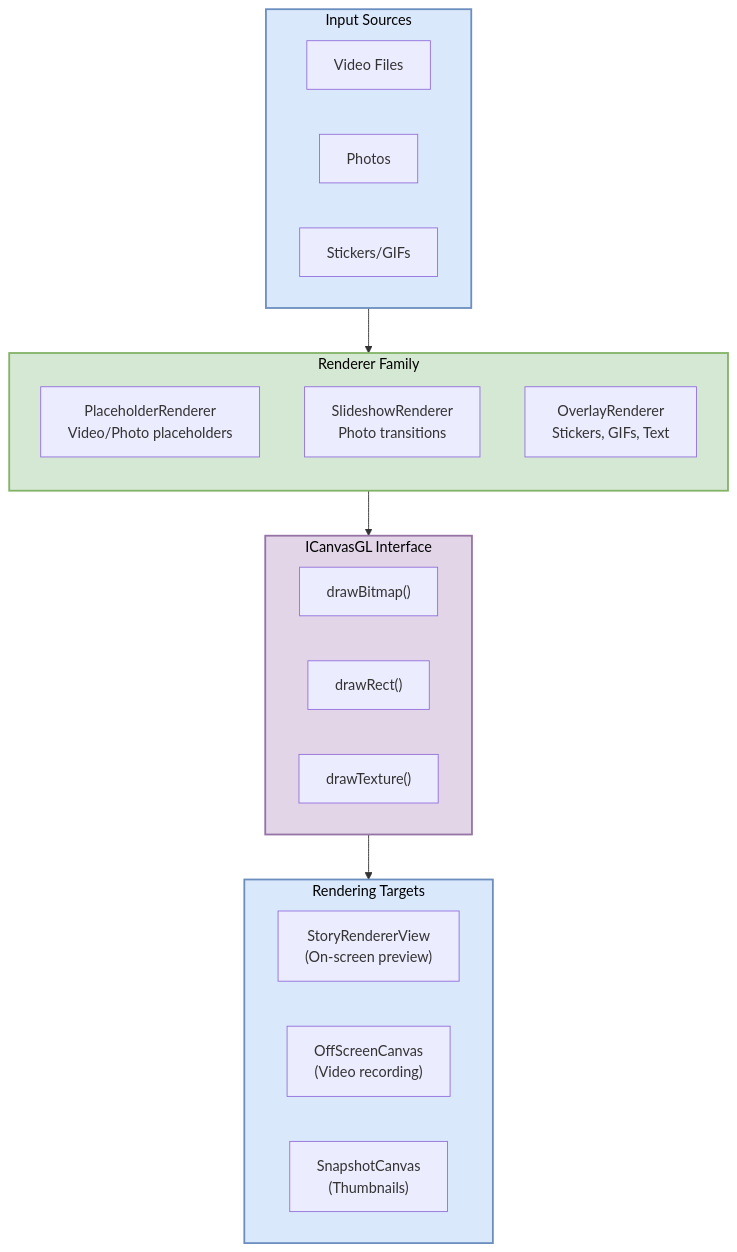
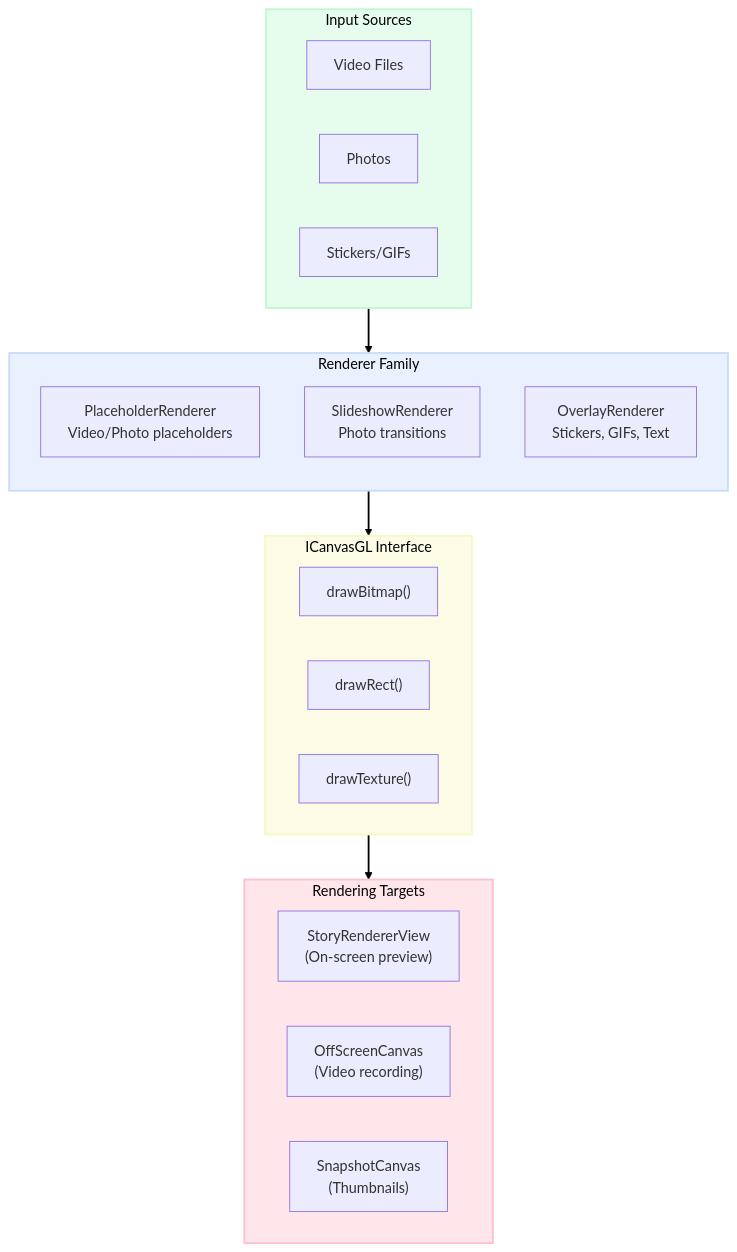
One commit to monday8am/monday8am.github.io changed the first of 5 diagrams in _posts/2021-11-21-storybeat-tales.md. Above: the diagram before and after it, drawn with Mermaid. The commit also changed other lines of this file, not shown here.

````diff
--- a/_posts/2021-11-21-storybeat-tales.md
+++ b/_posts/2021-11-21-storybeat-tales.md
@@ -61,40 +61,43 @@
 ```mermaid
 flowchart TB
-    classDef blue fill:#dae8fc,stroke:#6c8ebf,stroke-width:2px,color:black
-    classDef green fill:#d5e8d4,stroke:#82b366,stroke-width:2px,color:black
-    classDef purple fill:#e1d5e7,stroke:#9673a6,stroke-width:2px,color:black
+    classDef green fill:#c0f8d066,stroke:#c0f8d0,stroke-width:2px,color:black
+    classDef blue fill:#c7dcfc66,stroke:#c7dcfc,stroke-width:2px,color:black
+    classDef yellow fill:#f7f8c066,stroke:#f7f8c0,stroke-width:2px,color:black
+    classDef red fill:#ffc0cb66,stroke:#ffc0cb,stroke-width:2px,color:black
+    linkStyle default stroke:black,stroke-width:2px,color:black
 
     subgraph Input["Input Sources"]
         Video["Video Files"]
         Photos["Photos"]
         Stickers["Stickers/GIFs"]
     end
 
     subgraph Renderers["Renderer Family"]
         direction TB
         PlaceholderR["PlaceholderRenderer<br/>Video/Photo placeholders"]
         SlideshowR["SlideshowRenderer<br/>Photo transitions"]
         OverlayR["OverlayRenderer<br/>Stickers, GIFs, Text"]
     end
 
     subgraph Canvas["ICanvasGL Interface"]
         DrawBitmap["drawBitmap()"]
         DrawRect["drawRect()"]
         DrawTexture["drawTexture()"]
     end
 
     subgraph Targets["Rendering Targets"]
         Screen["StoryRendererView<br/>(On-screen preview)"]
         OffScreen["OffScreenCanvas<br/>(Video recording)"]
         Snapshot["SnapshotCanvas<br/>(Thumbnails)"]
     end
 
-    Input:::blue --> Renderers
-    Renderers:::green --> Canvas
-    Canvas:::purple --> Targets
-    Targets:::blue
+    Input:::green --> Renderers
+    Renderers:::blue --> Canvas
+    Canvas:::yellow --> Targets
+    Targets:::red
     
-    class Input,Targets blue
-    class Renderers green
-    class Canvas purple
+    class Input green
+    class Renderers blue
+    class Canvas yellow
+    class Targets red
 ```
````
